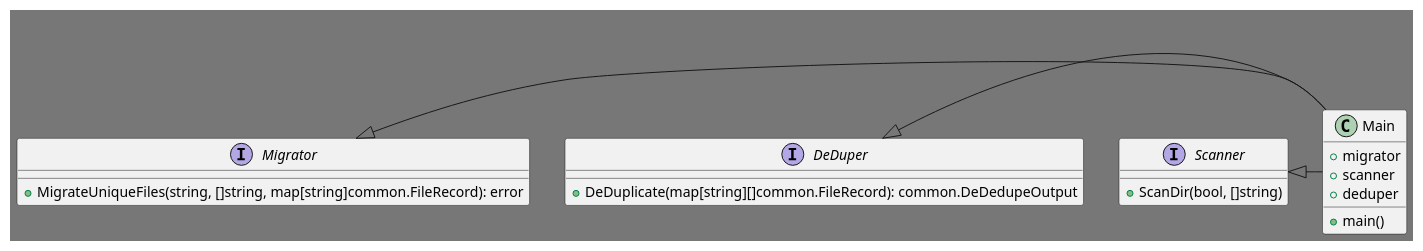
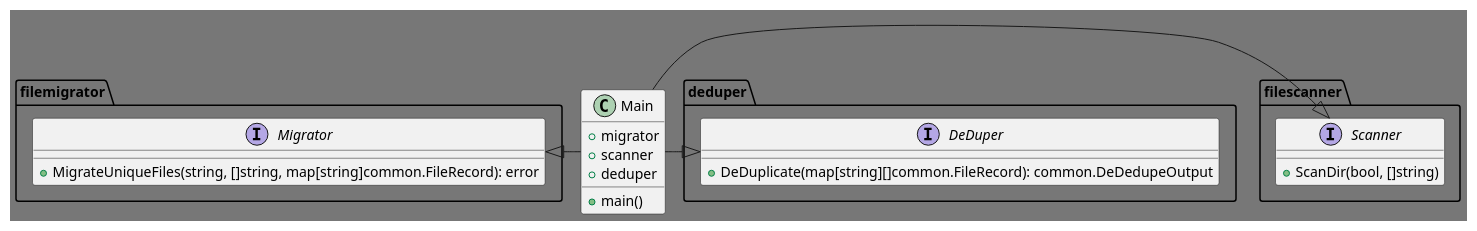
Before and after one commit to james-cathcart/file-consolidator: the diagram in docs/architecture.puml, drawn with PlantUML. The commit also changed 1 other file, not shown here.

Commit message:
updated architecture diagram

```diff
--- a/docs/architecture.puml
+++ b/docs/architecture.puml
@@ -1,25 +1,25 @@
 @startuml
 'https://plantuml.com/class-diagram
 skinparam backgroundColor #777777
 
 class Main {
     + migrator
     + scanner
     + deduper
     + main()
 }
-interface Migrator {
+interface filemigrator.Migrator {
     +MigrateUniqueFiles(string, []string, map[string]common.FileRecord): error
 }
-interface Scanner {
+interface filescanner.Scanner {
     +ScanDir(bool, []string)
 }
-interface DeDuper {
+interface deduper.DeDuper {
     +DeDuplicate(map[string][]common.FileRecord): common.DeDedupeOutput
 }
 
 Migrator <|- Main
 DeDuper <|- Main
 Scanner <|- Main
 
 @enduml
```
